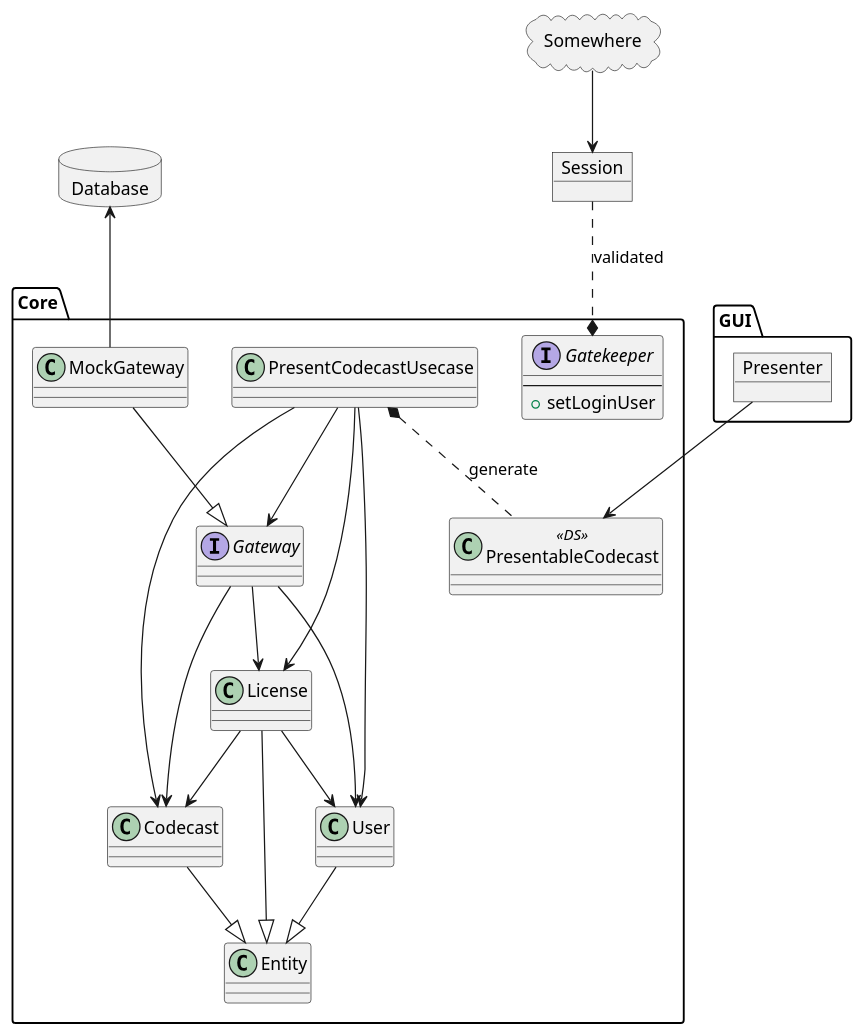
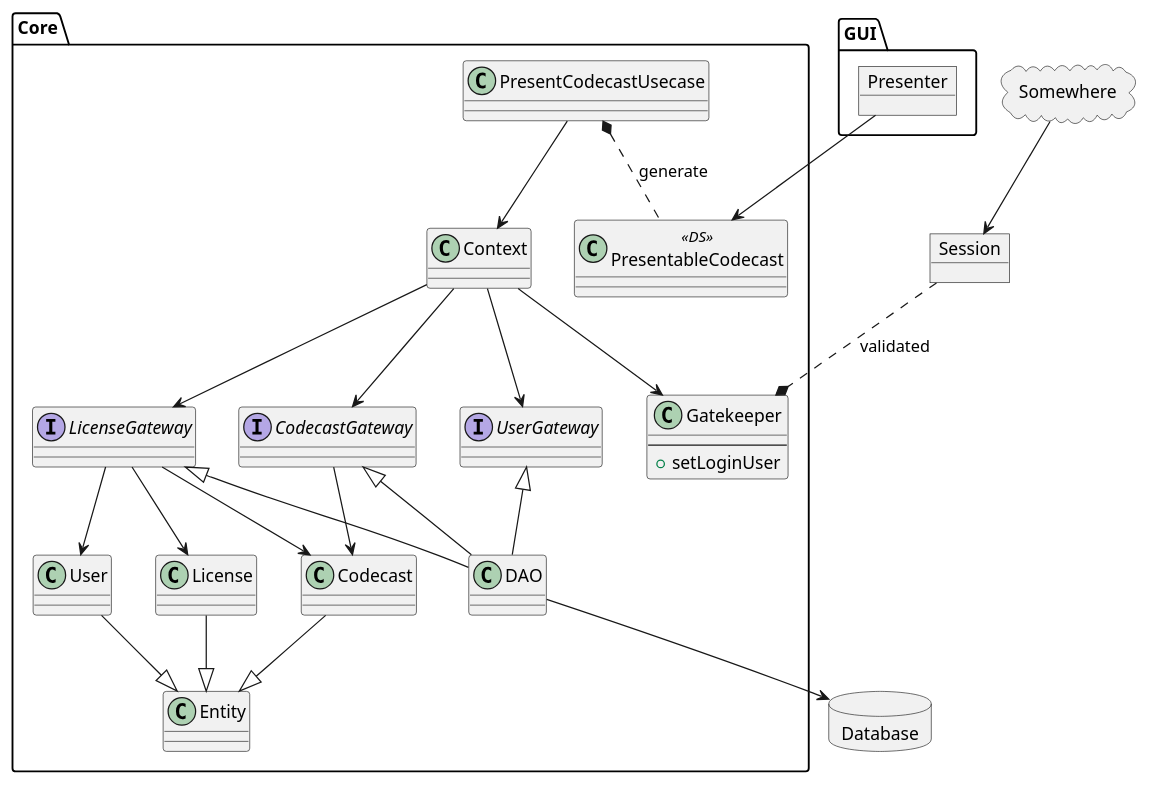
The diagram in _docs/schema.puml (sundaycrafts/study-cleancoders-java-case-study), drawn with PlantUML before and after one commit. The commit also changed 1 other file, not shown here.

Commit message:
docs(schema): update schema

```diff
--- a/_docs/schema.puml
+++ b/_docs/schema.puml
@@ -1,46 +1,51 @@
 @startuml
 allow_mixing
 database Database
 
 package Core {
   class Entity
   class User
   class Codecast
   class License
-  interface Gateway
-  class MockGateway
+  interface CodecastGateway
+  interface LicenseGateway
+  interface UserGateway
+  class DAO
+  class Context
   class PresentableCodecast <<DS>>
   class PresentCodecastUsecase
-  interface Gatekeeper {
+  class Gatekeeper {
     ---
     + setLoginUser
   }
 }
 
-Database <-- MockGateway
-PresentCodecastUsecase --> Codecast
-PresentCodecastUsecase --> License
-PresentCodecastUsecase --> Gateway
-PresentCodecastUsecase --> User
-Gateway --> Codecast
-Gateway --> License
-Gateway --> User
-License --> Codecast
-License --> User
-MockGateway --|> Gateway
+PresentCodecastUsecase --> Context
+Context --> UserGateway
+Context --> LicenseGateway
+Context --> CodecastGateway
+Context --> Gatekeeper
+LicenseGateway <|-- DAO
+CodecastGateway <|-- DAO
+UserGateway <|-- DAO
+LicenseGateway --> Codecast
+LicenseGateway --> License
+LicenseGateway --> User
+CodecastGateway --> Codecast
+DAO --> Database
 User --|> Entity
 License --|> Entity
 Codecast --|> Entity
 
 package GUI {
   object Presenter
 }
 
 Presenter --> PresentableCodecast
 PresentCodecastUsecase *.. PresentableCodecast : generate
 
 object Session
 cloud Somewhere
 Somewhere --> Session
 Session ..* Gatekeeper : validated
 @enduml
```
